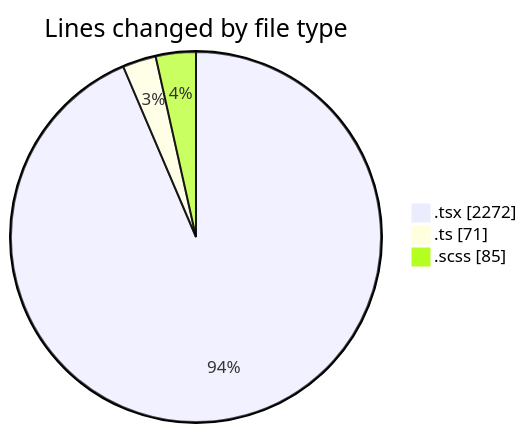
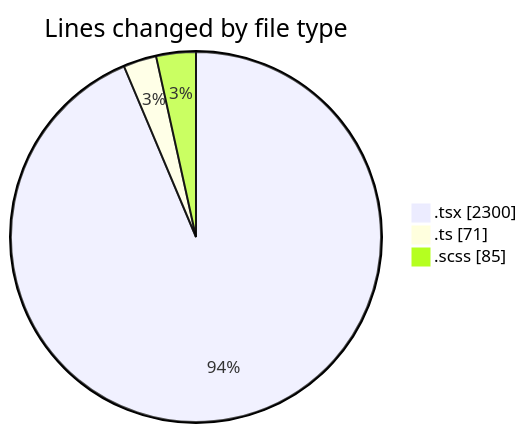
The first of 2 diagrams in 2025-02-11/cda/README.md (momahboobian/code-tracking), drawn with Mermaid before and after one commit. The commit also changed other lines of this file and 1 other file, not shown here.

````diff
--- a/2025-02-11/cda/README.md
+++ b/2025-02-11/cda/README.md
@@ -24,7 +24,7 @@
 ```mermaid
 pie showData
 title Lines changed by file type
-".tsx" : 2272
+".tsx" : 2300
 ".ts" : 71
 ".scss" : 85
 ```
````
